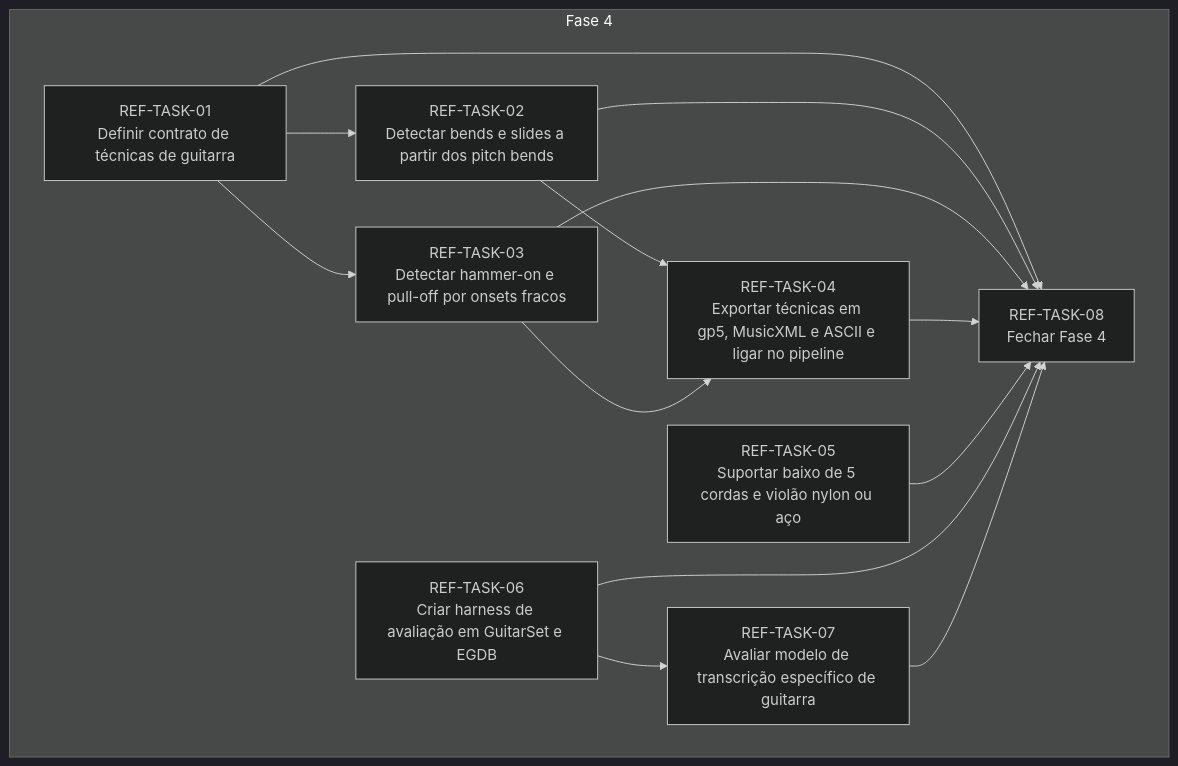
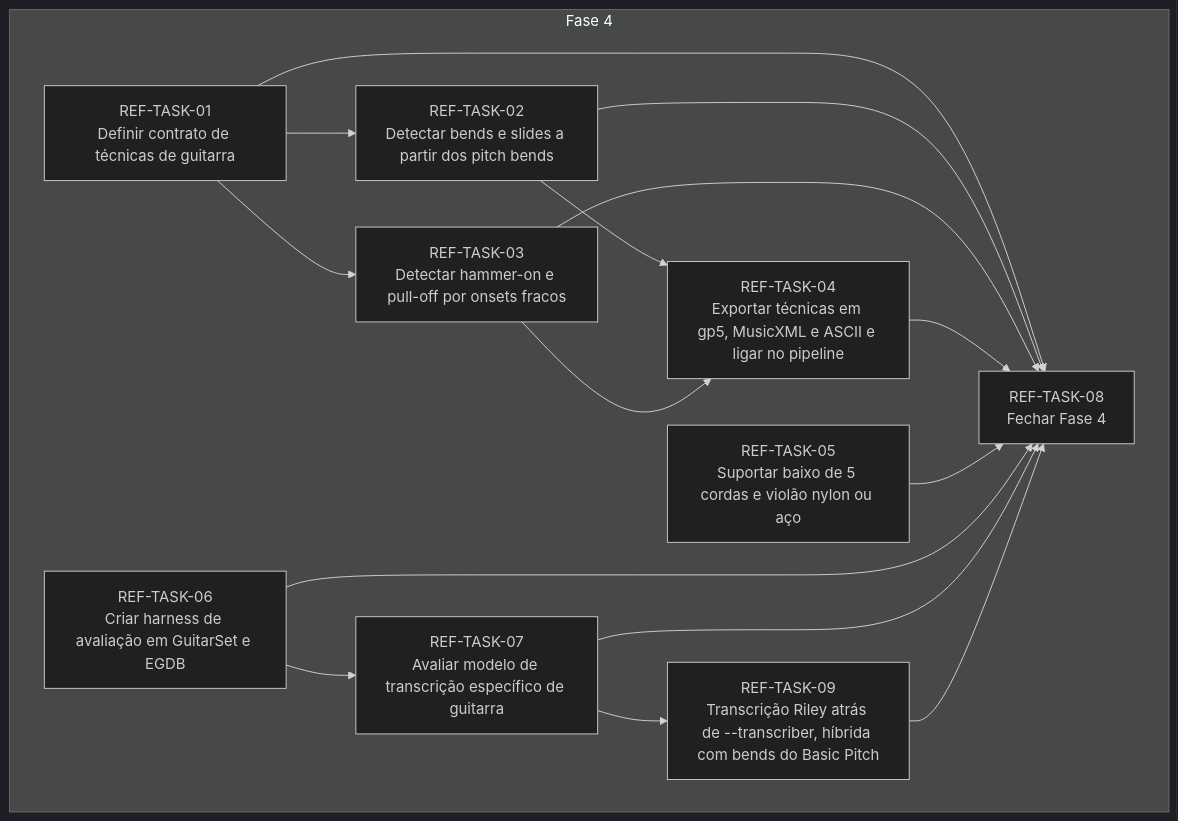
Before and after one commit to aguilasa/tabgen: the diagram in docs/rite/cycles/refinamento/progress.md, drawn with Mermaid (dark theme). The commit also changed other lines of this file and 2 other files, not shown here.

Commit message:
chore(rite): open REF-TASK-09

````diff
--- a/docs/rite/cycles/refinamento/progress.md
+++ b/docs/rite/cycles/refinamento/progress.md
@@ -11,25 +11,28 @@
 ```mermaid
 graph TD
   subgraph phase_4["Fase 4"]
     REF_TASK_01["REF-TASK-01<br/>Definir contrato de técnicas de guitarra"]
     REF_TASK_02["REF-TASK-02<br/>Detectar bends e slides a partir dos pitch bends"]
     REF_TASK_03["REF-TASK-03<br/>Detectar hammer-on e pull-off por onsets fracos"]
     REF_TASK_04["REF-TASK-04<br/>Exportar técnicas em gp5, MusicXML e ASCII e ligar no pipeline"]
     REF_TASK_05["REF-TASK-05<br/>Suportar baixo de 5 cordas e violão nylon ou aço"]
     REF_TASK_06["REF-TASK-06<br/>Criar harness de avaliação em GuitarSet e EGDB"]
     REF_TASK_07["REF-TASK-07<br/>Avaliar modelo de transcrição específico de guitarra"]
     REF_TASK_08["REF-TASK-08<br/>Fechar Fase 4"]
+    REF_TASK_09["REF-TASK-09<br/>Transcrição Riley atrás de --transcriber, híbrida com bends do Basic Pitch"]
   end
   REF_TASK_01 --> REF_TASK_02
   REF_TASK_01 --> REF_TASK_03
   REF_TASK_02 --> REF_TASK_04
   REF_TASK_03 --> REF_TASK_04
   REF_TASK_06 --> REF_TASK_07
   REF_TASK_01 --> REF_TASK_08
   REF_TASK_02 --> REF_TASK_08
   REF_TASK_03 --> REF_TASK_08
   REF_TASK_04 --> REF_TASK_08
   REF_TASK_05 --> REF_TASK_08
   REF_TASK_06 --> REF_TASK_08
   REF_TASK_07 --> REF_TASK_08
+  REF_TASK_09 --> REF_TASK_08
+  REF_TASK_07 --> REF_TASK_09
 ```
````
